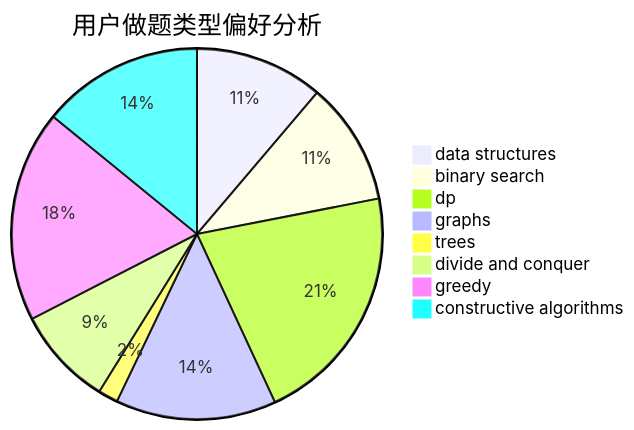
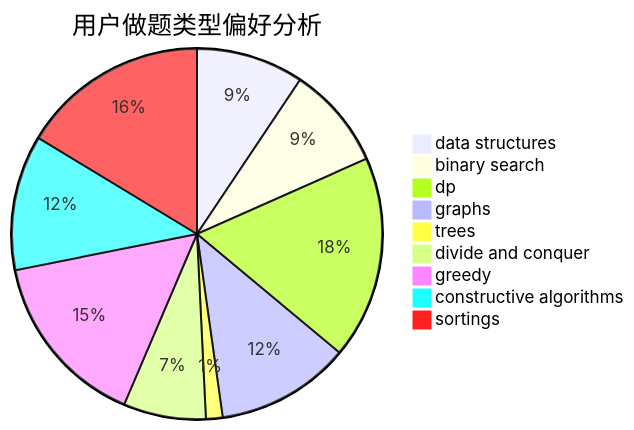
The second of 3 diagrams in docs/user/u2145.md (sherpahu/cfrs.github.io), drawn with Mermaid before and after one commit. The commit also changed other lines of this file and 2769 other files, not shown here.

````diff
--- a/docs/user/u2145.md
+++ b/docs/user/u2145.md
@@ -23,11 +18,12 @@
 ```mermaid
 pie title 用户做题类型偏好分析
     "data structures" :  116
     "binary search" :  111
     "dp" :  219
     "graphs" :  145
     "trees" :  18
     "divide and conquer" :  89
     "greedy" :  191
     "constructive algorithms" :  146
+    "sortings" :  202
 ```
````
